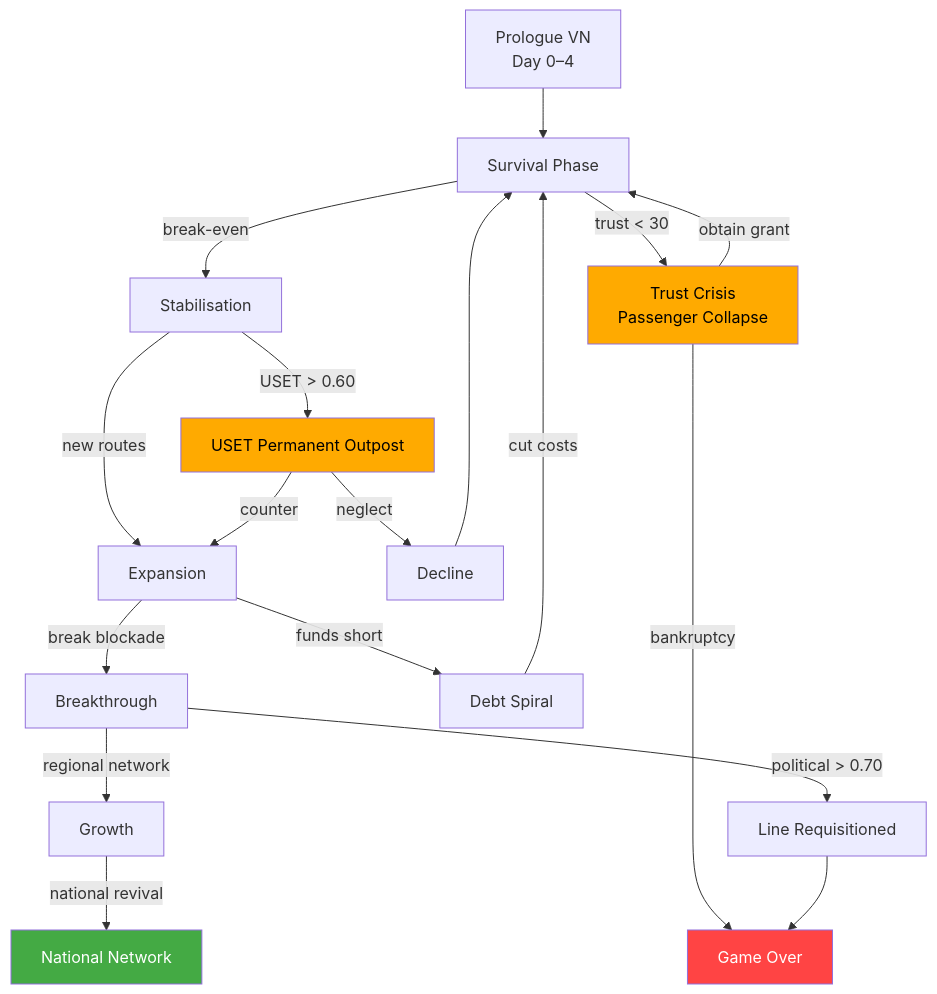
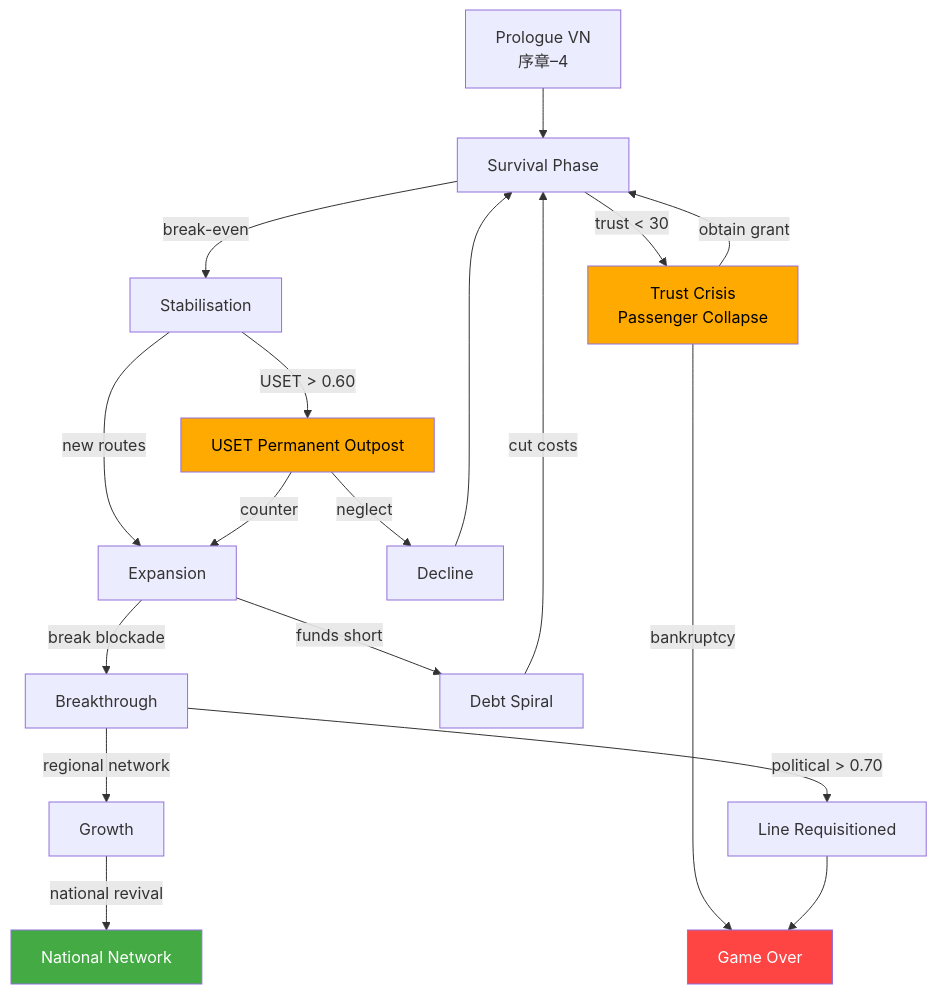
One commit to NMDX0721/RailwayRenaissance changed the fifth of 8 diagrams in README.md. Above: the diagram before and after it, drawn with Mermaid. The commit also changed other lines of this file and 1 other file, not shown here.

````diff
--- a/README.md
+++ b/README.md
@@ -469,31 +469,31 @@
 ```mermaid
 graph TD
-    Start[Prologue VN<br>Day 0–4] --> Survival[Survival Phase]
+    Start[Prologue VN<br>序章–4] --> Survival[Survival Phase]
     
     Survival -->|trust < 30| Crisis[Trust Crisis<br>Passenger Collapse]
     Survival -->|break-even| Stability[Stabilisation]
     
     Crisis -->|obtain grant| Survival
     Crisis -->|bankruptcy| GameOver[Game Over]
     
     Stability -->|new routes| Expansion[Expansion]
     Stability -->|USET > 0.60| UsertThreat[USET Permanent Outpost]
     UsertThreat -->|counter| Expansion
     UsertThreat -->|neglect| Decline[Decline]
     Decline --> Survival
     
     Expansion -->|break blockade| Breakthrough[Breakthrough]
     Expansion -->|funds short| DebtCycle[Debt Spiral]
     DebtCycle -->|cut costs| Survival
     
     Breakthrough -->|regional network| Growth[Growth]
     Breakthrough -->|political > 0.70| Requisition[Line Requisitioned]
     Requisition --> GameOver
     
     Growth -->|national revival| Final[National Network]
     
     style GameOver fill:#ff4444,color:#fff
     style Final fill:#44aa44,color:#fff
     style Crisis fill:#ffaa00,color:#000
     style UsertThreat fill:#ffaa00,color:#000
 ```
````
